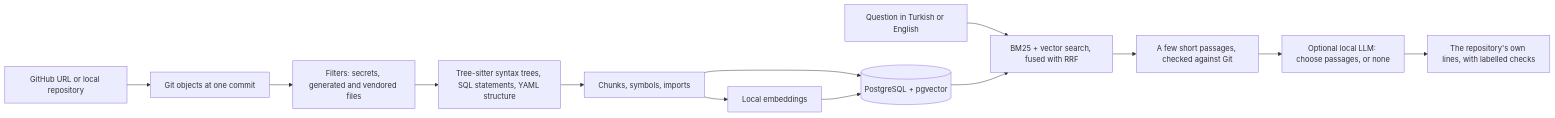
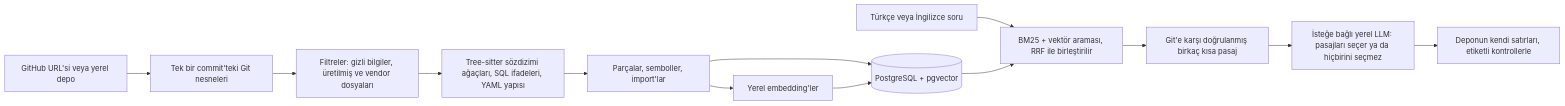
One commit to melihuur1/repomind-ai changed the diagram in README.md. Above: the diagram before and after it, drawn with Mermaid. The commit also changed other lines of this file and 2 other files, not shown here.

First line of the commit message:
docs: bilingual README (Turkish default, English in README.en.md)

````diff
--- a/README.md
+++ b/README.md
@@ -50,15 +52,15 @@
 ```mermaid
 flowchart LR
-    U[GitHub URL or local repository] --> G[Git objects at one commit]
-    G --> F[Filters: secrets, generated and vendored files]
-    F --> T[Tree-sitter syntax trees, SQL statements, YAML structure]
-    T --> C[Chunks, symbols, imports]
-    C --> E[Local embeddings]
+    U["GitHub URL'si veya yerel depo"] --> G["Tek bir commit'teki Git nesneleri"]
+    G --> F["Filtreler: gizli bilgiler, üretilmiş ve vendor dosyaları"]
+    F --> T["Tree-sitter sözdizimi ağaçları, SQL ifadeleri, YAML yapısı"]
+    T --> C["Parçalar, semboller, import'lar"]
+    C --> E["Yerel embedding'ler"]
     C --> DB[(PostgreSQL + pgvector)]
     E --> DB
-    Q[Question in Turkish or English] --> S[BM25 + vector search, fused with RRF]
+    Q["Türkçe veya İngilizce soru"] --> S["BM25 + vektör araması, RRF ile birleştirilir"]
     DB --> S
-    S --> P[A few short passages, checked against Git]
-    P --> M[Optional local LLM: choose passages, or none]
-    M --> A[The repository's own lines, with labelled checks]
+    S --> P["Git'e karşı doğrulanmış birkaç kısa pasaj"]
+    P --> M["İsteğe bağlı yerel LLM: pasajları seçer ya da hiçbirini seçmez"]
+    M --> A["Deponun kendi satırları, etiketli kontrollerle"]
 ```
````
